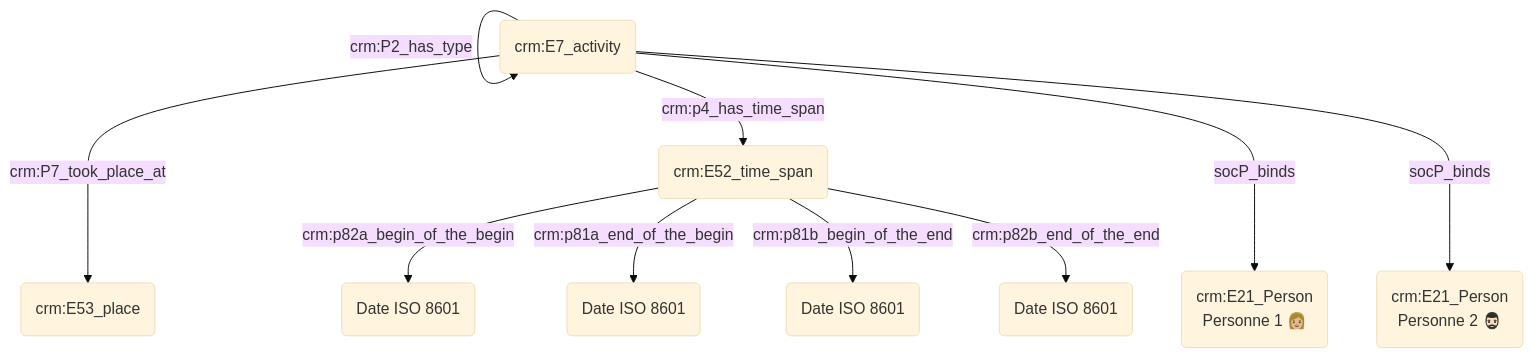
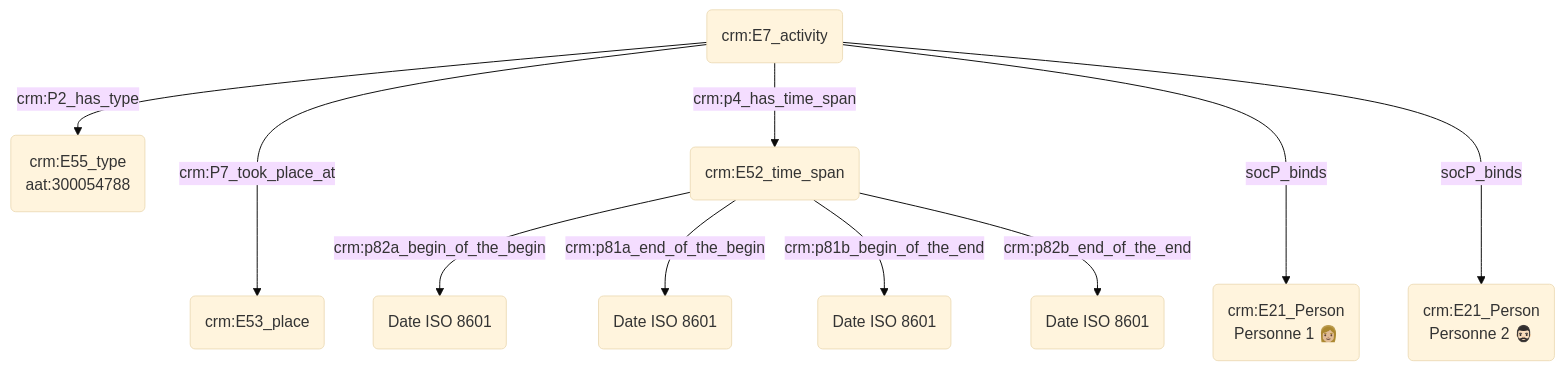
The diagram in modules/livrables/Dossier 2/Prosopographie/rencontre de quelqu'un dans un lieu fréquenté par les deux personnes.md (Amleth/consortium-musica2-gt2-ontologies), drawn with Mermaid (base theme) before and after one commit.

Commit message:
Update rencontre de quelqu'un dans un lieu fréquenté par les deux personnes.md

````diff
--- a/modules/livrables/Dossier 2/Prosopographie/rencontre de quelqu'un dans un lieu fréquenté par les deux personnes.md
+++ b/modules/livrables/Dossier 2/Prosopographie/rencontre de quelqu'un dans un lieu fréquenté par les deux personnes.md
@@ -11,16 +11,16 @@
 ```mermaid
 graph TD;
 
 K(crm:E7_activity<br>rencontre) --->|crm:P7_took_place_at| I(crm:E53_place)
-K(crm:E7_activity<br>recontre) --> |crm:P2_has_type| K(crm:E55_type<br>aat:300054788)
+K(crm:E7_activity<br>recontre) --> |crm:P2_has_type| L(crm:E55_type<br>aat:300054788)
  
 K(crm:E7_activity) --> |crm:p4_has_time_span| D(crm:E52_time_span)
 D(crm:E52_time_span) --> |crm:p82a_begin_of_the_begin| E("Date ISO 8601")
 D(crm:E52_time_span) --> |crm:p81a_end_of_the_begin| F("Date ISO 8601")
 D(crm:E52_time_span) --> |crm:p81b_begin_of_the_end|G("Date ISO 8601")
 D(crm:E52_time_span) --> |crm:p82b_end_of_the_end| H("Date ISO 8601")
 
 K(crm:E7_activity) --->|socP_binds| A("crm:E21_Person<br>Personne 1 👩🏼")
 K(crm:E7_activity) --->|socP_binds| J("crm:E21_Person<br>Personne 2 🧔🏻‍♂️")
 
 ```
````
